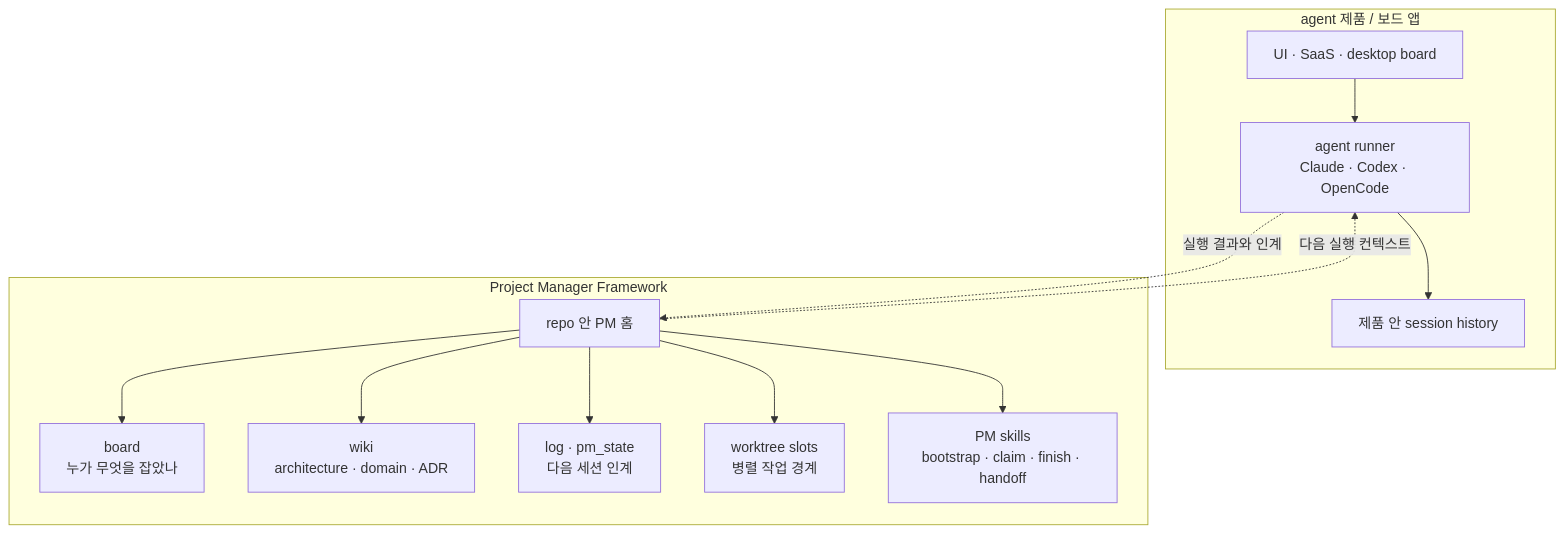
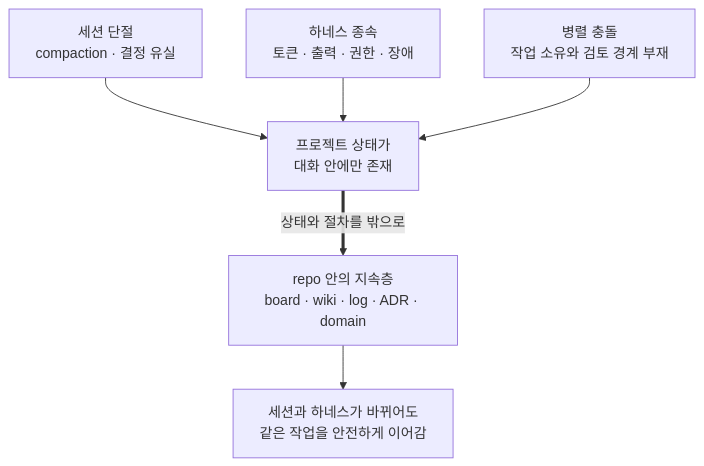
Before and after one commit to sumin-ahn/project_manager: the first of 12 diagrams in README.md, drawn with Mermaid. The commit also changed other lines of this file, not shown here.

````diff
--- a/README.md
+++ b/README.md
@@ -63,26 +25,14 @@
 ```mermaid
 flowchart TB
-    subgraph Product["agent 제품 / 보드 앱"]
-        UI["UI · SaaS · desktop board"]
-        Runner["agent runner<br/>Claude · Codex · OpenCode"]
-        Session["제품 안 session history"]
-        UI --> Runner --> Session
-    end
+    Context["세션 단절<br/>compaction · 결정 유실"]
+    Harness["하네스 종속<br/>토큰 · 출력 · 권한 · 장애"]
+    Parallel["병렬 충돌<br/>작업 소유와 검토 경계 부재"]
+    Risk["프로젝트 상태가<br/>대화 안에만 존재"]
+    Persist["repo 안의 지속층<br/>board · wiki · log · ADR · domain"]
+    Outcome["세션과 하네스가 바뀌어도<br/>같은 작업을 안전하게 이어감"]
 
-    subgraph RepoLayer["Project Manager Framework"]
-        Home["repo 안 PM 홈"]
-        Board["board<br/>누가 무엇을 잡았나"]
-        Wiki["wiki<br/>architecture · domain · ADR"]
-        Log["log · pm_state<br/>다음 세션 인계"]
-        Slots["worktree slots<br/>병렬 작업 경계"]
-        Skills["PM skills<br/>bootstrap · claim · finish · handoff"]
-        Home --> Board
-        Home --> Wiki
-        Home --> Log
-        Home --> Slots
-        Home --> Skills
-    end
-
-    Runner -. 실행 결과와 인계 .-> Home
-    Home -. 다음 실행 컨텍스트 .-> Runner
+    Context --> Risk
+    Harness --> Risk
+    Parallel --> Risk
+    Risk ==>|"상태와 절차를 밖으로"| Persist --> Outcome
 ```
````
